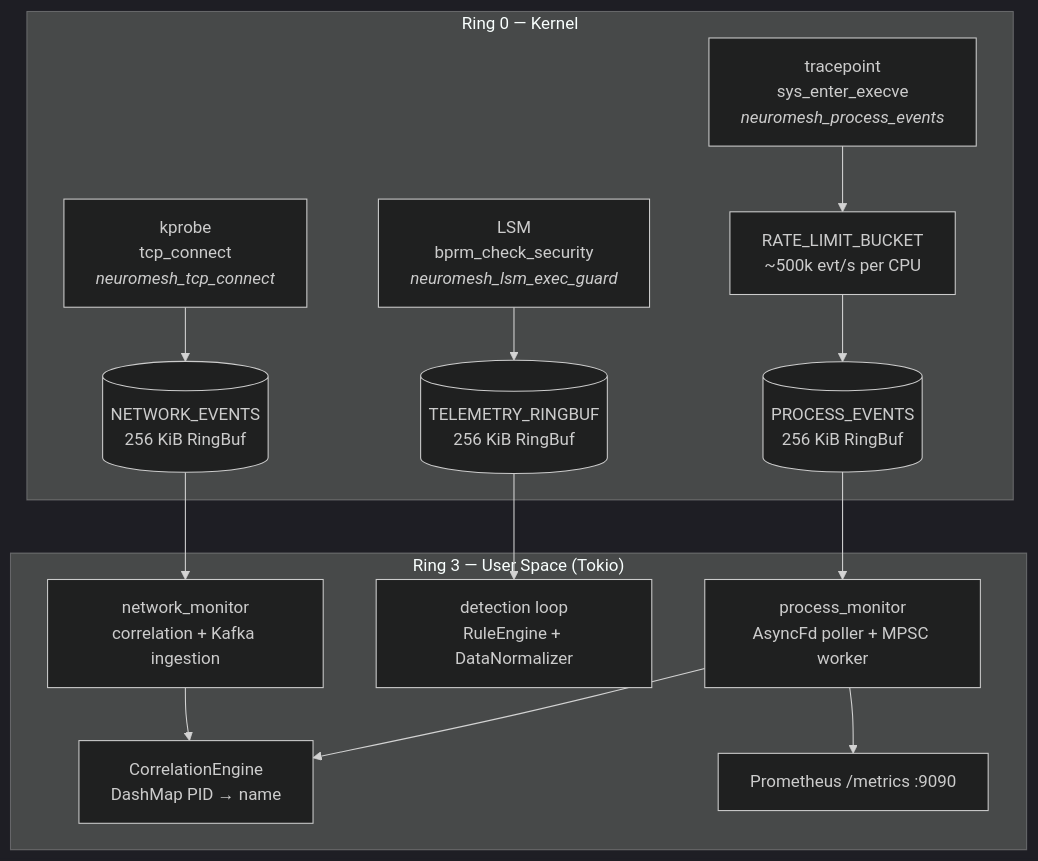
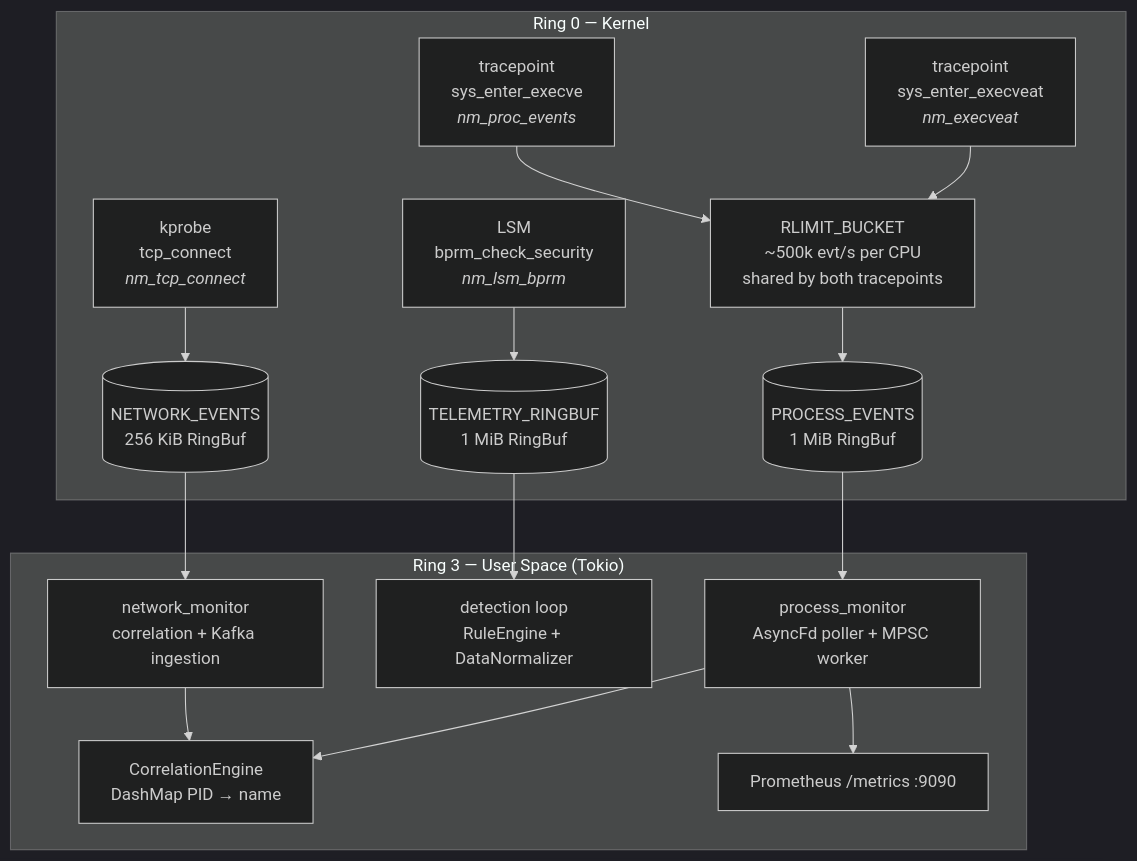
Before and after one commit to Neuromesh-Security/neuromesh: the diagram in README.md, drawn with Mermaid (dark theme). The commit also changed other lines of this file and 16 other files, not shown here.

````diff
--- a/README.md
+++ b/README.md
@@ -43,27 +46,30 @@
 ```mermaid
 flowchart TB
     subgraph kernel["Ring 0 — Kernel"]
-        TP["tracepoint<br/>sys_enter_execve<br/><i>neuromesh_process_events</i>"]
-        KP["kprobe<br/>tcp_connect<br/><i>neuromesh_tcp_connect</i>"]
-        LSM["LSM<br/>bprm_check_security<br/><i>neuromesh_lsm_exec_guard</i>"]
-        RB1[("PROCESS_EVENTS<br/>256 KiB RingBuf")]
+        TP["tracepoint<br/>sys_enter_execve<br/><i>nm_proc_events</i>"]
+        TPAT["tracepoint<br/>sys_enter_execveat<br/><i>nm_execveat</i>"]
+        KP["kprobe<br/>tcp_connect<br/><i>nm_tcp_connect</i>"]
+        LSM["LSM<br/>bprm_check_security<br/><i>nm_lsm_bprm</i>"]
+        RB1[("PROCESS_EVENTS<br/>1 MiB RingBuf")]
         RB2[("NETWORK_EVENTS<br/>256 KiB RingBuf")]
-        RB3[("TELEMETRY_RINGBUF<br/>256 KiB RingBuf")]
-        RL["RATE_LIMIT_BUCKET<br/>~500k evt/s per CPU"]
-        TP --> RL --> RB1
+        RB3[("TELEMETRY_RINGBUF<br/>1 MiB RingBuf")]
+        RL["RLIMIT_BUCKET<br/>~500k evt/s per CPU<br/>shared by both tracepoints"]
+        TP --> RL
+        TPAT --> RL
+        RL --> RB1
         KP --> RB2
         LSM --> RB3
     end
 
     subgraph userspace["Ring 3 — User Space (Tokio)"]
         PM["process_monitor<br/>AsyncFd poller + MPSC worker"]
         NM["network_monitor<br/>correlation + Kafka ingestion"]
         DET["detection loop<br/>RuleEngine + DataNormalizer"]
         CORR["CorrelationEngine<br/>DashMap PID → name"]
         MET["Prometheus /metrics :9090"]
         RB1 --> PM --> CORR
         RB2 --> NM --> CORR
         RB3 --> DET
         PM --> MET
     end
 ```
````
